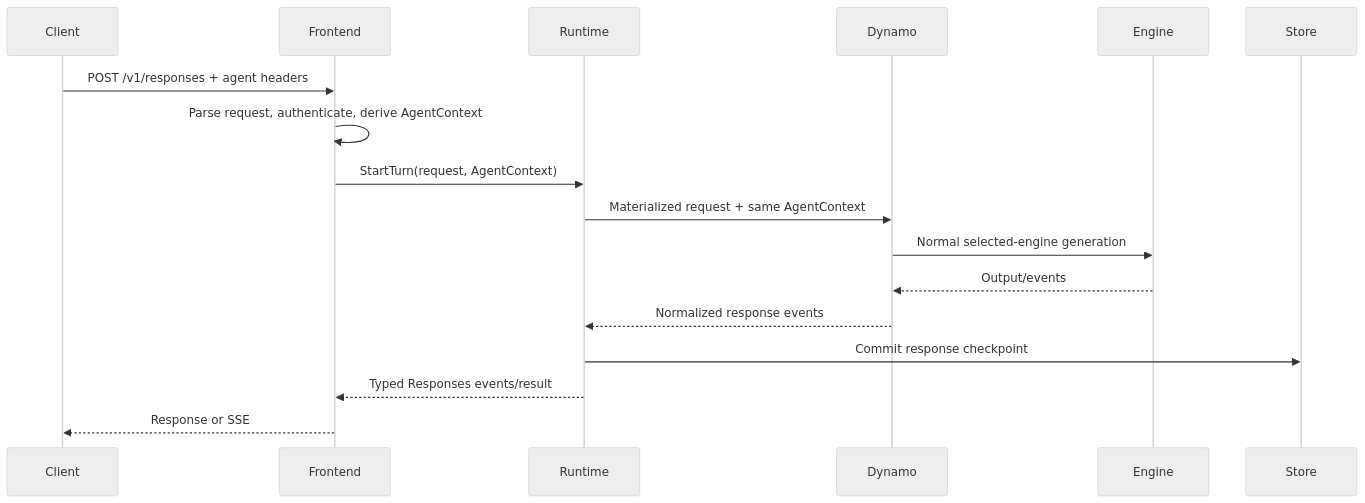
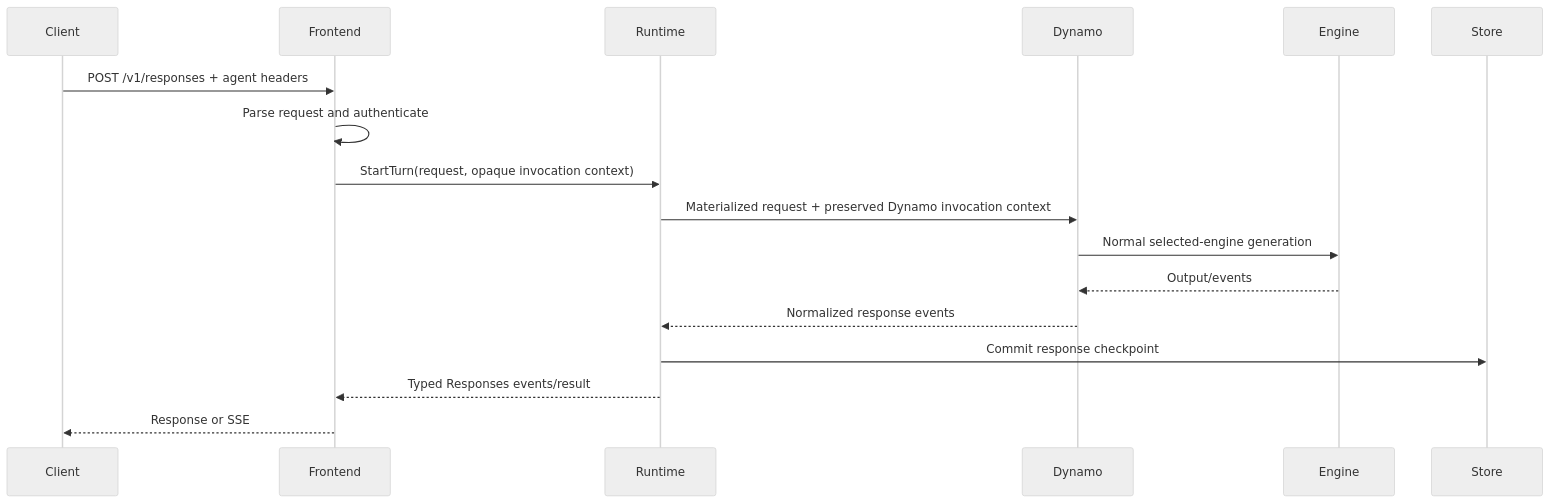
One commit to ai-dynamo/dynamo changed the second of 3 diagrams in docs/design/stateful-agent-runtime.md. Above: the diagram before and after it, drawn with Mermaid (neutral theme). The commit also changed other lines of this file, not shown here.

Commit message:
docs: clarify Dynamo agent context ownership

````diff
--- a/docs/design/stateful-agent-runtime.md
+++ b/docs/design/stateful-agent-runtime.md
@@ -99,20 +99,20 @@
 ```mermaid
 sequenceDiagram
   participant Client
   participant Frontend
   participant Runtime
   participant Dynamo
   participant Engine
   participant Store
 
   Client->>Frontend: POST /v1/responses + agent headers
-  Frontend->>Frontend: Parse request, authenticate, derive AgentContext
-  Frontend->>Runtime: StartTurn(request, AgentContext)
-  Runtime->>Dynamo: Materialized request + same AgentContext
+  Frontend->>Frontend: Parse request and authenticate
+  Frontend->>Runtime: StartTurn(request, opaque invocation context)
+  Runtime->>Dynamo: Materialized request + preserved Dynamo invocation context
   Dynamo->>Engine: Normal selected-engine generation
   Engine-->>Dynamo: Output/events
   Dynamo-->>Runtime: Normalized response events
   Runtime->>Store: Commit response checkpoint
   Runtime-->>Frontend: Typed Responses events/result
   Frontend-->>Client: Response or SSE
 ```
````
